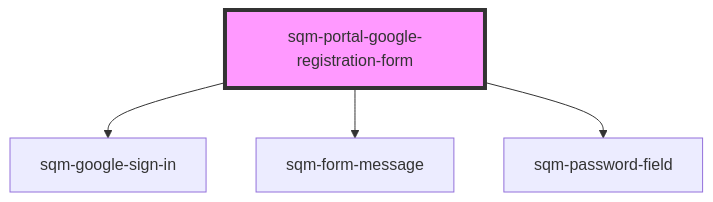
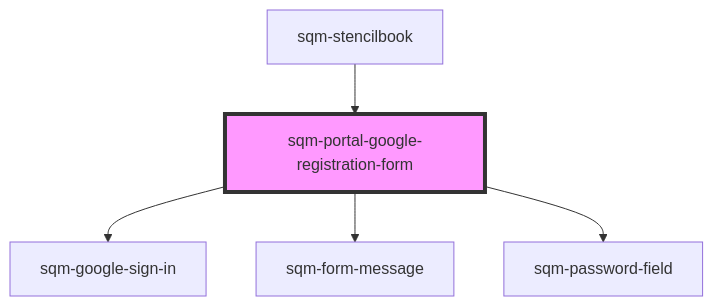
One commit to saasquatch/program-tools changed the diagram in packages/mint-components/src/components/sqm-portal-google-registration-form/readme.md. Above: the diagram before and after it, drawn with Mermaid. The commit also changed other lines of this file and 4 other files, not shown here.

````diff
--- a/packages/mint-components/src/components/sqm-portal-google-registration-form/readme.md
+++ b/packages/mint-components/src/components/sqm-portal-google-registration-form/readme.md
@@ -51,7 +55,8 @@
 ```mermaid
 graph TD;
   sqm-portal-google-registration-form --> sqm-google-sign-in
   sqm-portal-google-registration-form --> sqm-form-message
   sqm-portal-google-registration-form --> sqm-password-field
+  sqm-stencilbook --> sqm-portal-google-registration-form
   style sqm-portal-google-registration-form fill:#f9f,stroke:#333,stroke-width:4px
 ```
````
